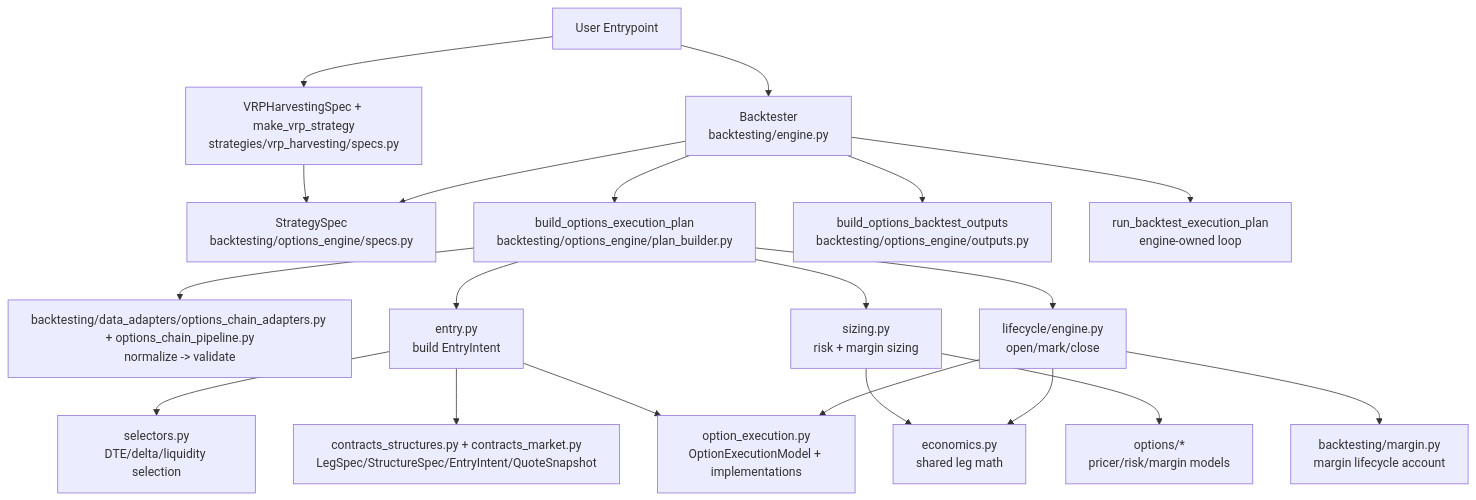
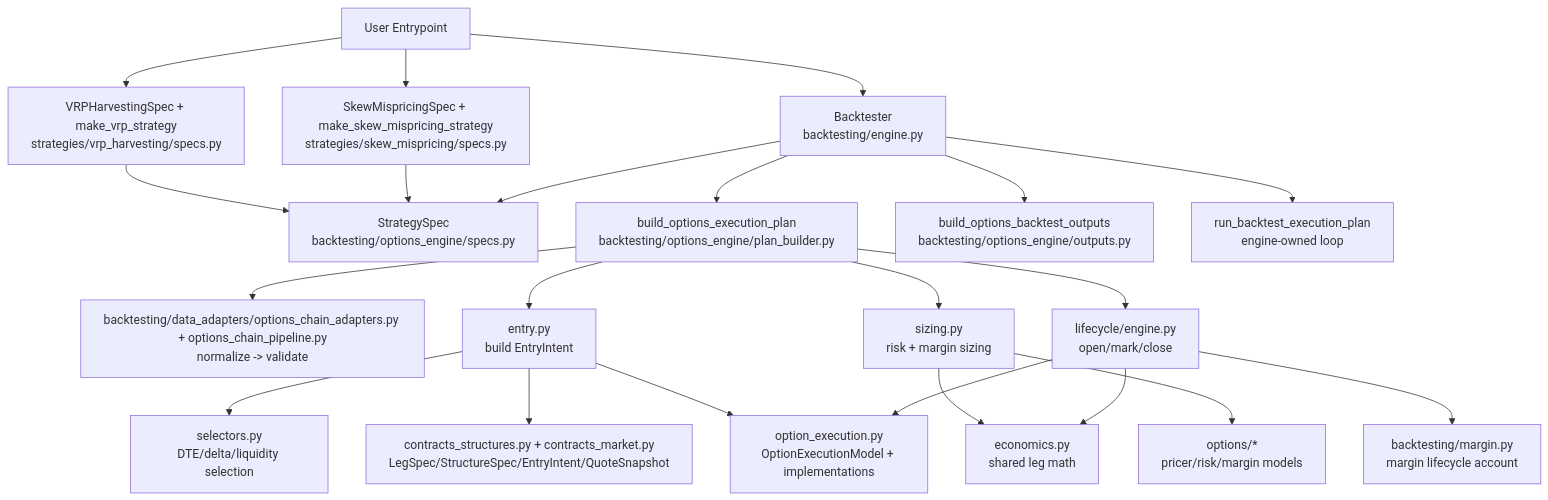
Before and after one commit to anthonymakarewicz/volatility-trading: the first of 3 diagrams in docs/reference/backtesting/architecture_overview.md, drawn with Mermaid. The commit also changed other lines of this file and 21 other files, not shown here.

````diff
--- a/docs/reference/backtesting/architecture_overview.md
+++ b/docs/reference/backtesting/architecture_overview.md
@@ -31,23 +31,25 @@
 ```mermaid
 flowchart TD
     A[User Entrypoint] --> B[Backtester<br/>backtesting/engine.py]
     A --> C[VRPHarvestingSpec + make_vrp_strategy<br/>strategies/vrp_harvesting/specs.py]
+    A --> C2[SkewMispricingSpec + make_skew_mispricing_strategy<br/>strategies/skew_mispricing/specs.py]
     C --> D[StrategySpec<br/>backtesting/options_engine/specs.py]
+    C2 --> D
     B --> D
     B --> E[build_options_execution_plan<br/>backtesting/options_engine/plan_builder.py]
     B --> O[build_options_backtest_outputs<br/>backtesting/options_engine/outputs.py]
     E --> A1[backtesting/data_adapters/options_chain_adapters.py + options_chain_pipeline.py<br/>normalize -> validate]
     E --> F[entry.py<br/>build EntryIntent]
     E --> G[sizing.py<br/>risk + margin sizing]
     E --> H[lifecycle/engine.py<br/>open/mark/close]
     B --> I[run_backtest_execution_plan<br/>engine-owned loop]
 
     F --> J[selectors.py<br/>DTE/delta/liquidity selection]
     F --> K[contracts_structures.py + contracts_market.py<br/>LegSpec/StructureSpec/EntryIntent/QuoteSnapshot]
     G --> N[economics.py<br/>shared leg math]
     H --> N
     F --> X[option_execution.py<br/>OptionExecutionModel + implementations]
     H --> X
     G --> L[options/*<br/>pricer/risk/margin models]
     H --> M[backtesting/margin.py<br/>margin lifecycle account]
 ```
````
